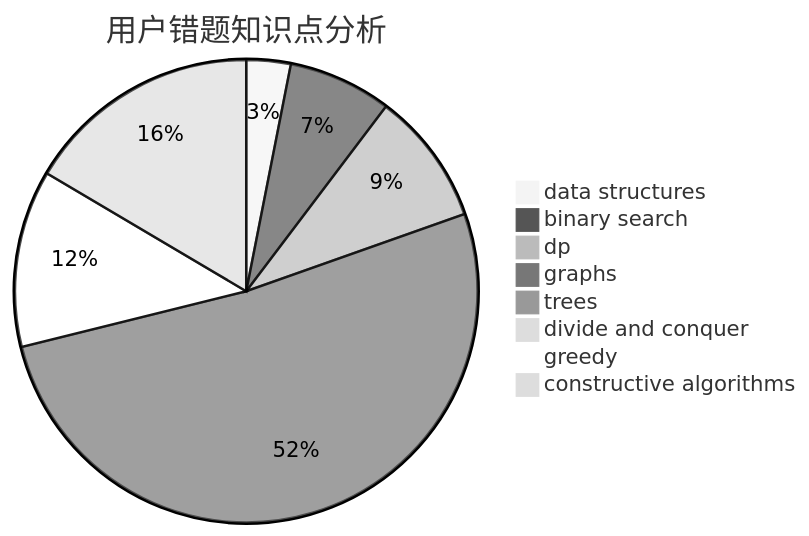
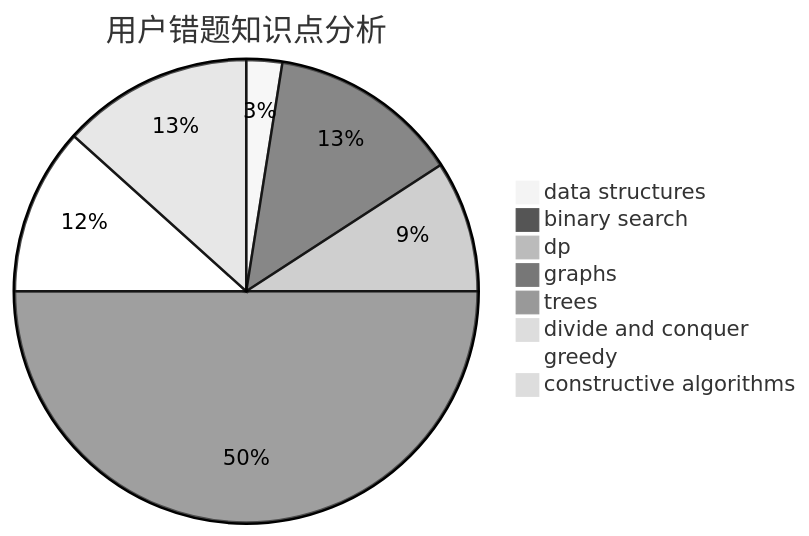
Before and after one commit to sherpahu/cfrs.github.io: the third of 3 diagrams in docs/user/u2125.md, drawn with Mermaid (neutral theme). The commit also changed other lines of this file and 2770 other files, not shown here.

````diff
--- a/docs/user/u2125.md
+++ b/docs/user/u2125.md
@@ -36,11 +36,11 @@
 ```mermaid
 pie title 用户错题知识点分析
     "data structures" :  3
-    "binary search" :  7
-    "dp" :  9
-    "graphs" :  50
+    "binary search" :  16
+    "dp" :  11
+    "graphs" :  60
     "trees" :  0
     "divide and conquer" :  0
-    "greedy" :  12
+    "greedy" :  14
     "constructive algorithms" :  16
 ```
````
